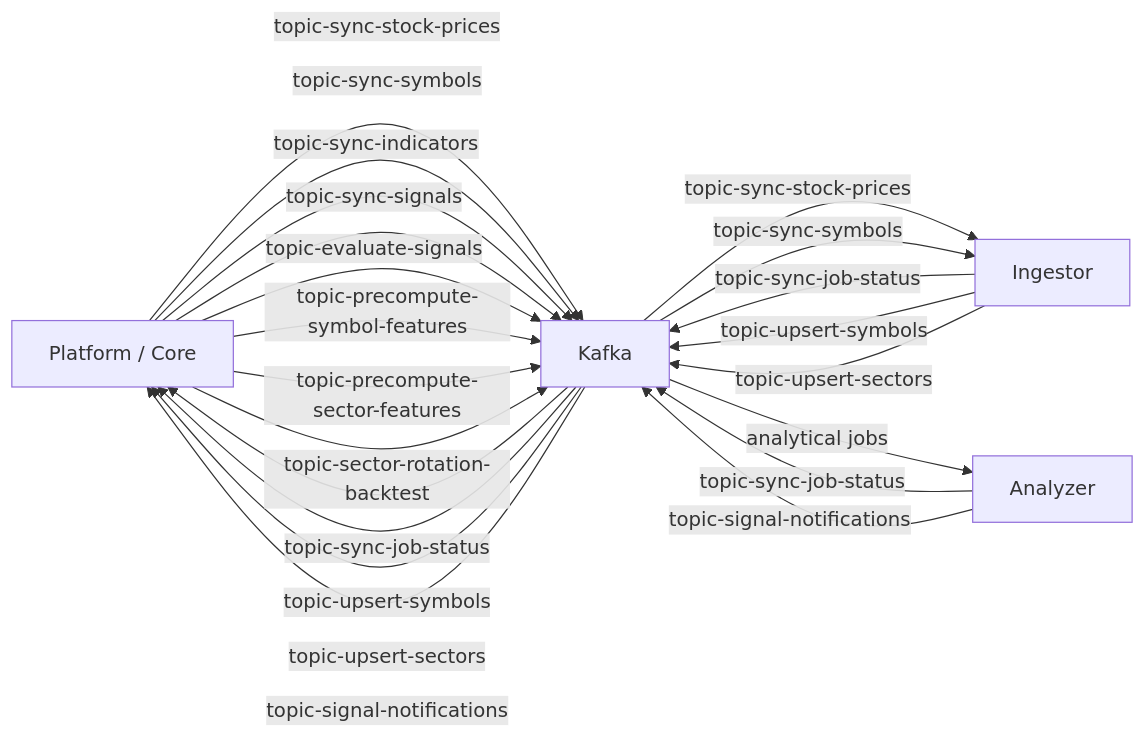
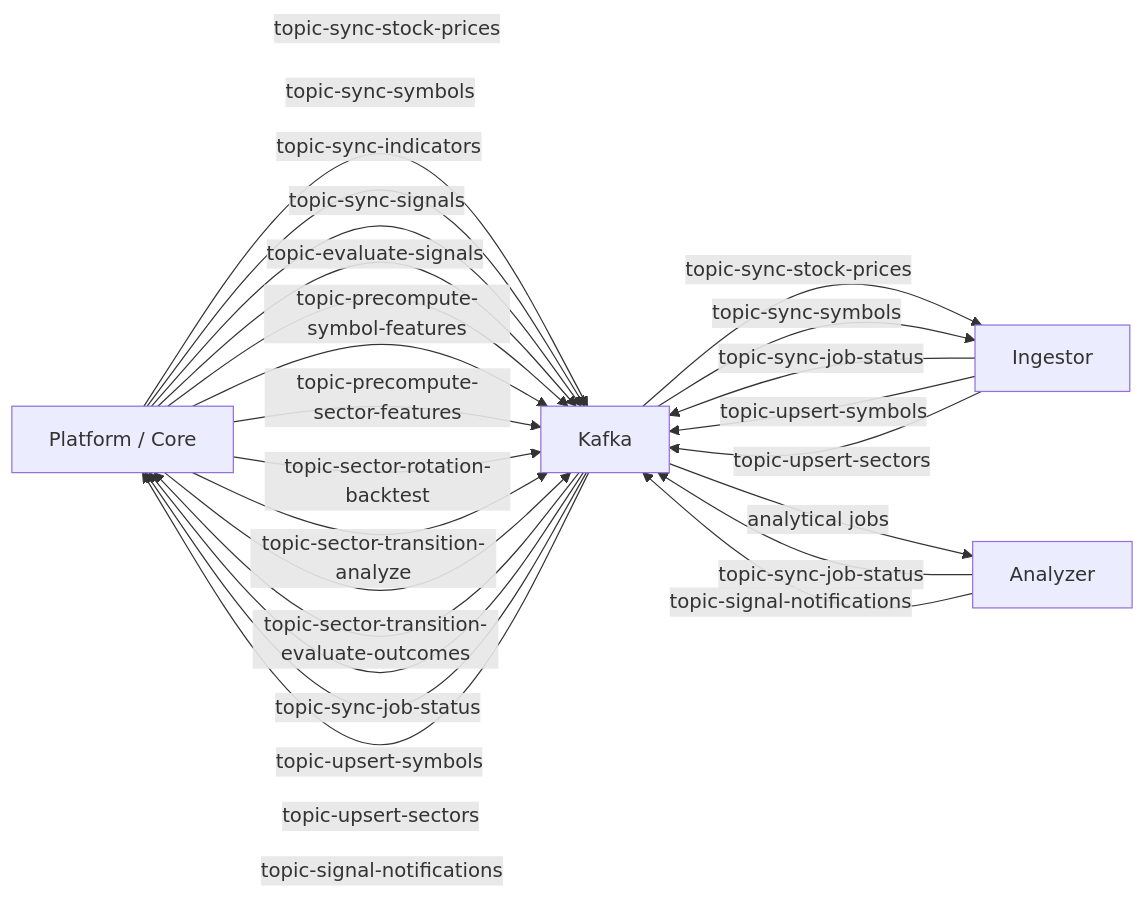
Before and after one commit to tanlocit9/omni: the diagram in docs/data/kafka-contracts.md, drawn with Mermaid. The commit also changed other lines of this file and 33 other files, not shown here.

Commit message:
feat: add sector transition focus universe support

````diff
--- a/docs/data/kafka-contracts.md
+++ b/docs/data/kafka-contracts.md
@@ -20,29 +20,31 @@
 ```mermaid
 flowchart LR
   Platform["Platform / Core"]
   Ingestor["Ingestor"]
   Analyzer["Analyzer"]
   Kafka["Kafka"]
 
   Platform -->|topic-sync-stock-prices| Kafka
   Platform -->|topic-sync-symbols| Kafka
   Kafka -->|topic-sync-stock-prices| Ingestor
   Kafka -->|topic-sync-symbols| Ingestor
   Ingestor -->|topic-sync-job-status| Kafka
   Ingestor -->|topic-upsert-symbols| Kafka
   Ingestor -->|topic-upsert-sectors| Kafka
   Kafka -->|topic-sync-job-status| Platform
   Kafka -->|topic-upsert-symbols| Platform
   Kafka -->|topic-upsert-sectors| Platform
 
   Platform -->|topic-sync-indicators| Kafka
   Platform -->|topic-sync-signals| Kafka
   Platform -->|topic-evaluate-signals| Kafka
   Platform -->|topic-precompute-symbol-features| Kafka
   Platform -->|topic-precompute-sector-features| Kafka
   Platform -->|topic-sector-rotation-backtest| Kafka
+  Platform -->|topic-sector-transition-analyze| Kafka
+  Platform -->|topic-sector-transition-evaluate-outcomes| Kafka
   Kafka -->|analytical jobs| Analyzer
   Analyzer -->|topic-sync-job-status| Kafka
   Analyzer -->|topic-signal-notifications| Kafka
   Kafka -->|topic-signal-notifications| Platform
 ```
````
